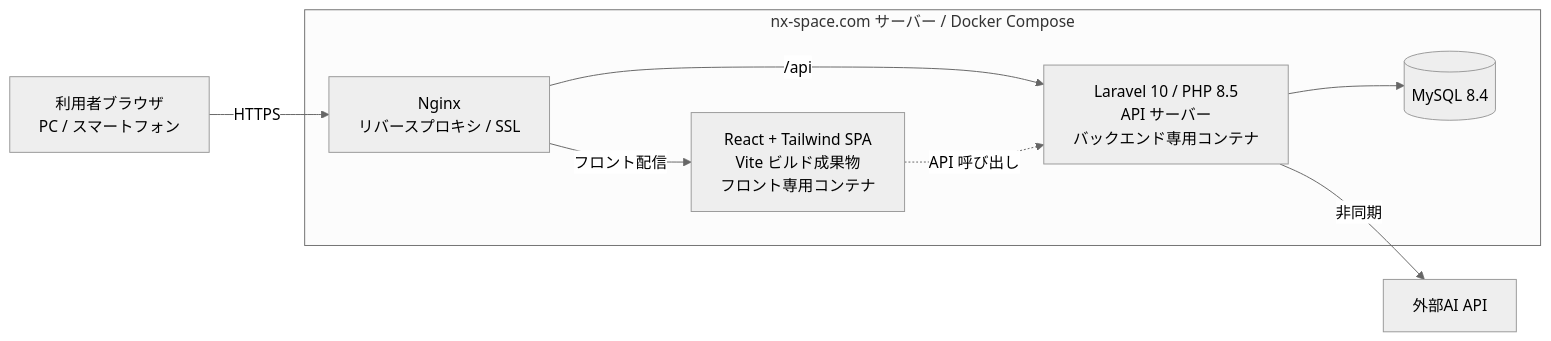
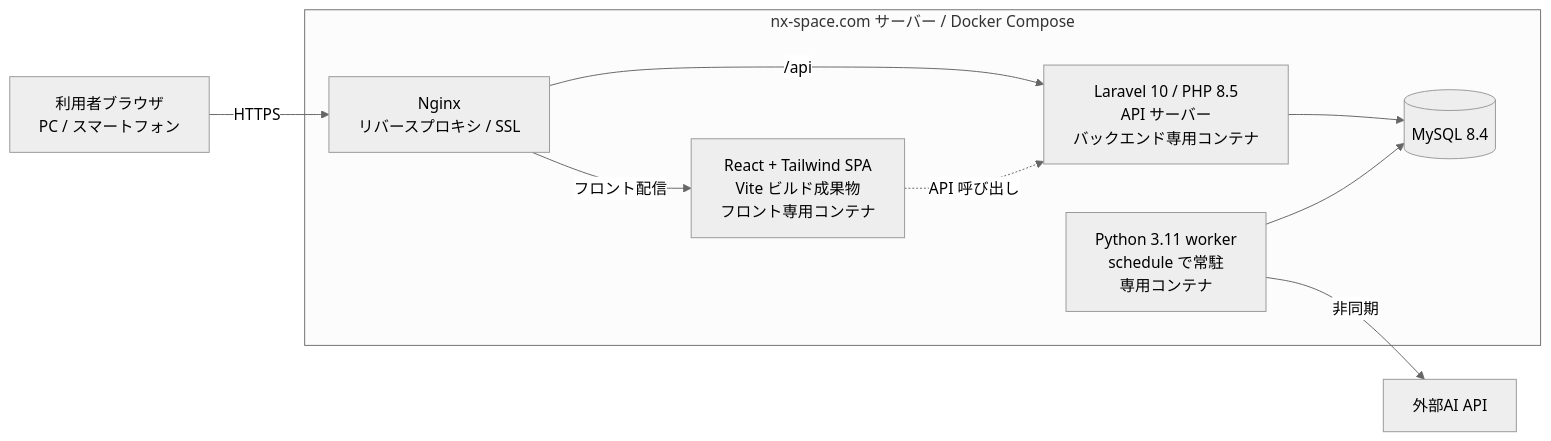
Before and after one commit to space-musicacct/resmane: the diagram in docs/技術構成/技術構成書.md, drawn with Mermaid (neutral theme). The commit also changed other lines of this file and 1 other file, not shown here.

````diff
--- a/docs/技術構成/技術構成書.md
+++ b/docs/技術構成/技術構成書.md
@@ -49,19 +50,21 @@
 ```mermaid
 flowchart LR
     USER[利用者ブラウザ<br/>PC / スマートフォン]
     AI[外部AI API]
 
     subgraph SERVER[nx-space.com サーバー / Docker Compose]
         NGINX[Nginx<br/>リバースプロキシ / SSL]
         REACT[React + Tailwind SPA<br/>Vite ビルド成果物<br/>フロント専用コンテナ]
         LARAVEL[Laravel 10 / PHP 8.5<br/>API サーバー<br/>バックエンド専用コンテナ]
+        WORKER[Python 3.11 worker<br/>schedule で常駐<br/>専用コンテナ]
         MYSQL[(MySQL 8.4)]
     end
 
     USER -->|HTTPS| NGINX
     NGINX -->|フロント配信| REACT
     NGINX -->|/api| LARAVEL
     REACT -.->|API 呼び出し| LARAVEL
     LARAVEL --> MYSQL
-    LARAVEL -->|非同期| AI
+    WORKER --> MYSQL
+    WORKER -->|非同期| AI
 ```
````
